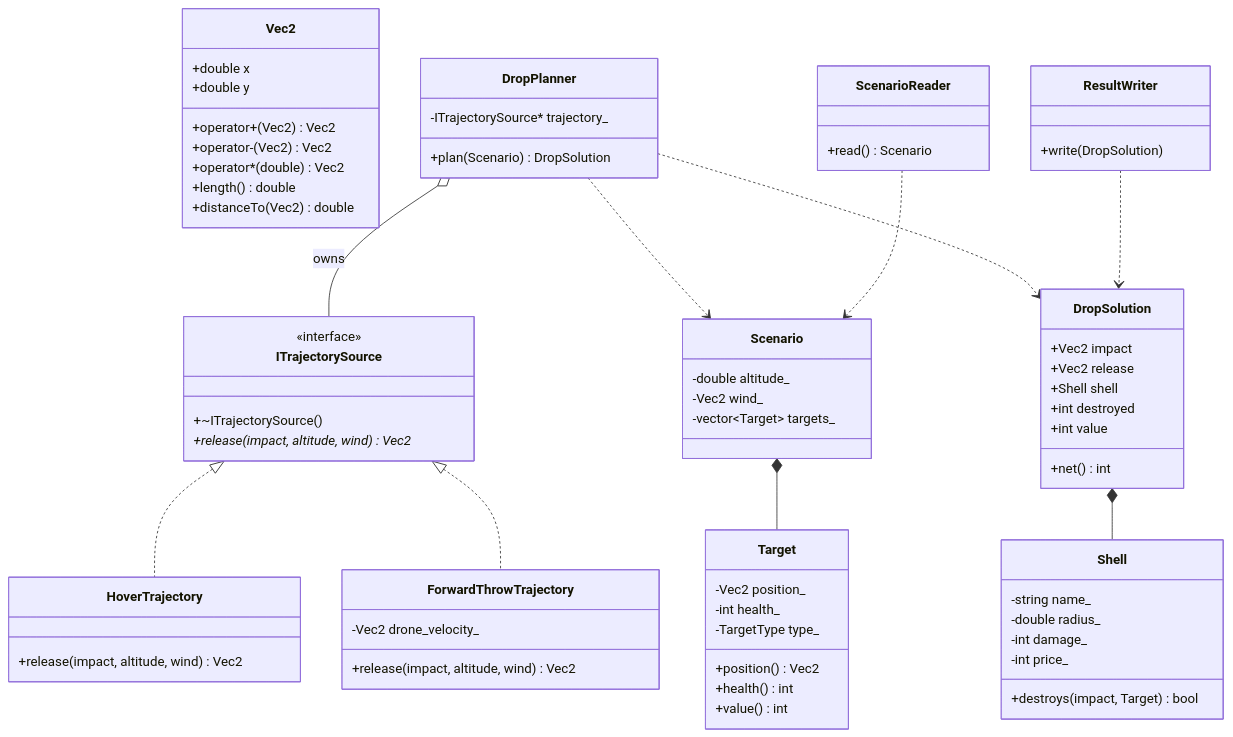
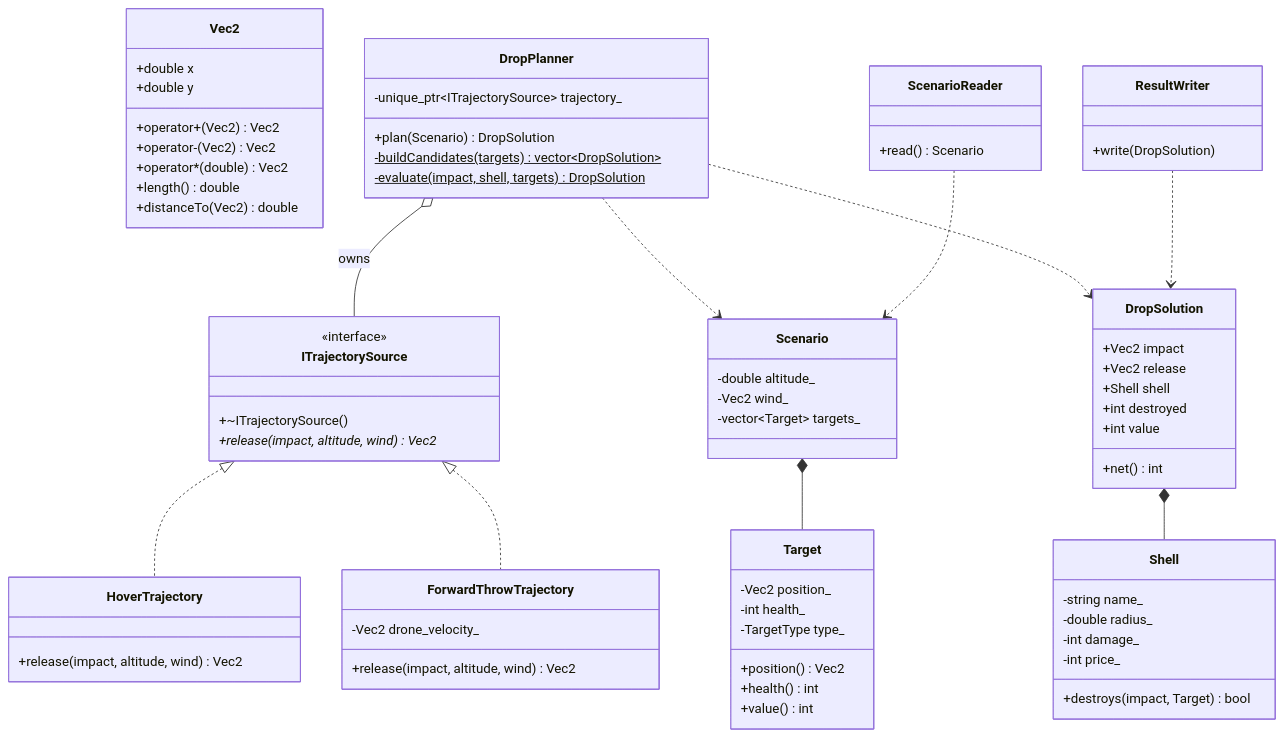
Before and after one commit to Paliy2/drone-drop-targeting: the diagram in README.md, drawn with Mermaid. The commit also changed other lines of this file, not shown here.

````diff
--- a/README.md
+++ b/README.md
@@ -84,74 +90,76 @@
 ```mermaid
 classDiagram
     class Vec2 {
         +double x
         +double y
         +operator+(Vec2) Vec2
         +operator-(Vec2) Vec2
         +operator*(double) Vec2
         +length() double
         +distanceTo(Vec2) double
     }
 
     class ITrajectorySource {
         <<interface>>
         +~ITrajectorySource()
         +release(impact, altitude, wind)* Vec2
     }
     class HoverTrajectory {
         +release(impact, altitude, wind) Vec2
     }
     class ForwardThrowTrajectory {
         -Vec2 drone_velocity_
         +release(impact, altitude, wind) Vec2
     }
     ITrajectorySource <|.. HoverTrajectory
     ITrajectorySource <|.. ForwardThrowTrajectory
 
     class Target {
         -Vec2 position_
         -int health_
         -TargetType type_
         +position() Vec2
         +health() int
         +value() int
     }
     class Shell {
         -string name_
         -double radius_
         -int damage_
         -int price_
         +destroys(impact, Target) bool
     }
     class Scenario {
         -double altitude_
         -Vec2 wind_
         -vector~Target~ targets_
     }
     class DropSolution {
         +Vec2 impact
         +Vec2 release
         +Shell shell
         +int destroyed
         +int value
         +net() int
     }
     class DropPlanner {
-        -ITrajectorySource* trajectory_
+        -unique_ptr~ITrajectorySource~ trajectory_
         +plan(Scenario) DropSolution
+        -buildCandidates(targets)$ vector~DropSolution~
+        -evaluate(impact, shell, targets)$ DropSolution
     }
     class ScenarioReader {
         +read() Scenario
     }
     class ResultWriter {
         +write(DropSolution)
     }
 
     Scenario *-- Target
     DropPlanner o-- ITrajectorySource : owns
     DropPlanner ..> Scenario
     DropPlanner ..> DropSolution
     DropSolution *-- Shell
     ScenarioReader ..> Scenario
     ResultWriter ..> DropSolution
 ```
````
